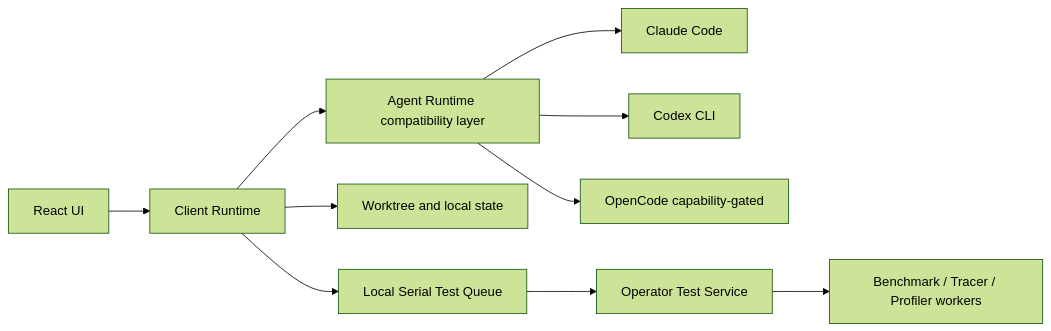
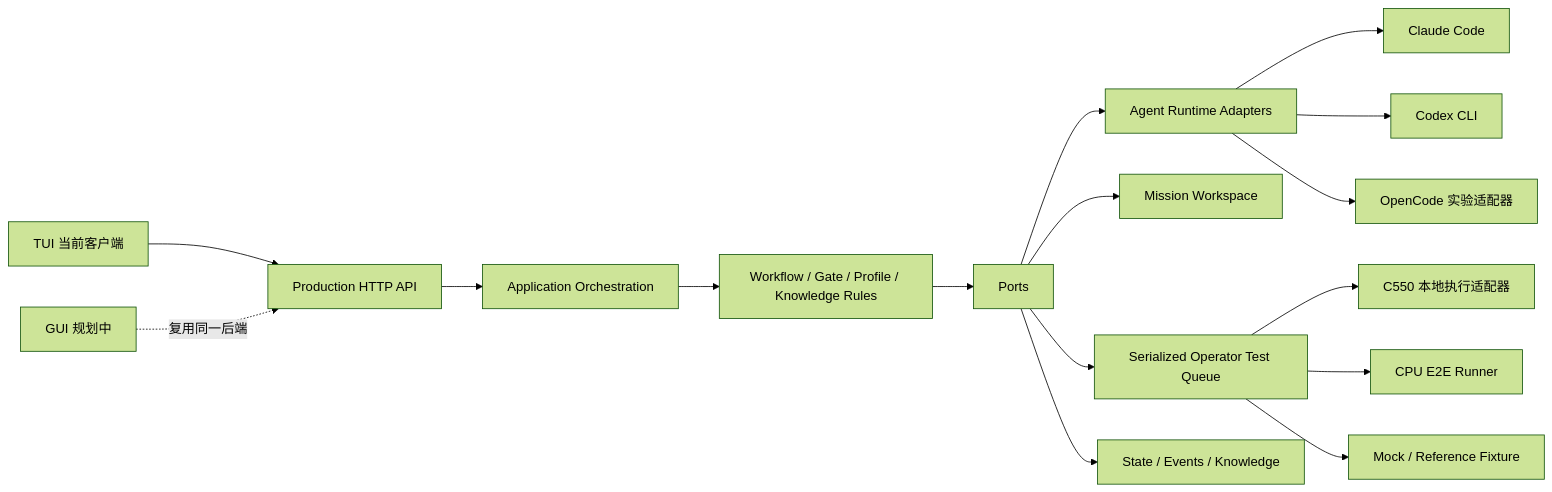
Before and after one commit to Teeeio/Acagemm: the diagram in README.md, drawn with Mermaid (forest theme). The commit also changed other lines of this file and 1 other file, not shown here.

Commit message:
docs: rebuild project readme for current architecture

````diff
--- a/README.md
+++ b/README.md
@@ -9,12 +23,22 @@
 ```mermaid
 flowchart LR
-  UI[React UI] --> CR[Client Runtime]
-  CR --> AGENT[Agent Runtime compatibility layer]
+  TUI[TUI 当前客户端] --> API[Production HTTP API]
+  GUI[GUI 规划中] -.复用同一后端.-> API
+
+  API --> APP[Application Orchestration]
+  APP --> DOMAIN[Workflow / Gate / Profile / Knowledge Rules]
+  DOMAIN --> PORTS[Ports]
+
+  PORTS --> AGENT[Agent Runtime Adapters]
+  PORTS --> WS[Mission Workspace]
+  PORTS --> QUEUE[Serialized Operator Test Queue]
+  PORTS --> STORE[State / Events / Knowledge]
+
   AGENT --> CLAUDE[Claude Code]
   AGENT --> CODEX[Codex CLI]
-  AGENT --> OPENCODE[OpenCode capability-gated]
-  CR --> WS[Worktree and local state]
-  CR --> QUEUE[Local Serial Test Queue]
-  QUEUE --> TS[Operator Test Service]
-  TS --> WORKER[Benchmark / Tracer / Profiler workers]
+  AGENT --> OPENCODE[OpenCode 实验适配器]
+
+  QUEUE --> C550[C550 本地执行适配器]
+  QUEUE --> CPU[CPU E2E Runner]
+  QUEUE --> MOCK[Mock / Reference Fixture]
 ```
````
